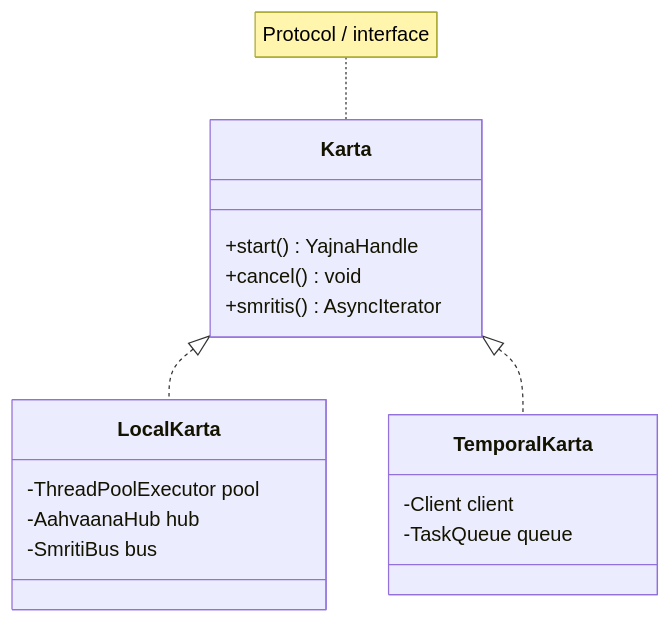
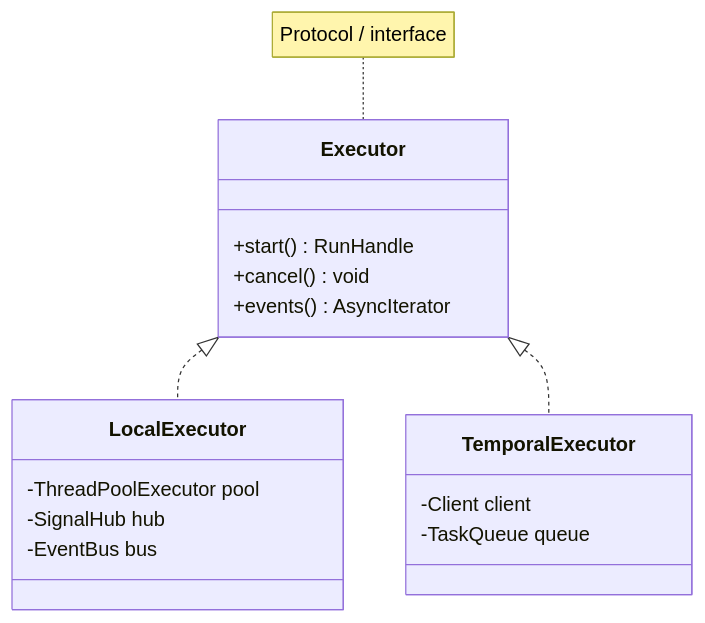
Before and after one commit to so-weak/Aakaar: the ninth of 12 diagrams in documentation/src/02-LLD.md, drawn with Mermaid. The commit also changed other lines of this file and 23 other files, not shown here.

````diff
--- a/documentation/src/02-LLD.md
+++ b/documentation/src/02-LLD.md
@@ -309,20 +313,20 @@
 ```mermaid
 classDiagram
-  class Karta {
-    +start() YajnaHandle
+  class Executor {
+    +start() RunHandle
     +cancel() void
-    +smritis() AsyncIterator
+    +events() AsyncIterator
   }
-  class LocalKarta {
+  class LocalExecutor {
     -ThreadPoolExecutor pool
-    -AahvaanaHub hub
-    -SmritiBus bus
+    -SignalHub hub
+    -EventBus bus
   }
-  class TemporalKarta {
+  class TemporalExecutor {
     -Client client
     -TaskQueue queue
   }
-  Karta <|.. LocalKarta
-  Karta <|.. TemporalKarta
-  note for Karta "Protocol / interface"
+  Executor <|.. LocalExecutor
+  Executor <|.. TemporalExecutor
+  note for Executor "Protocol / interface"
 ```
````
